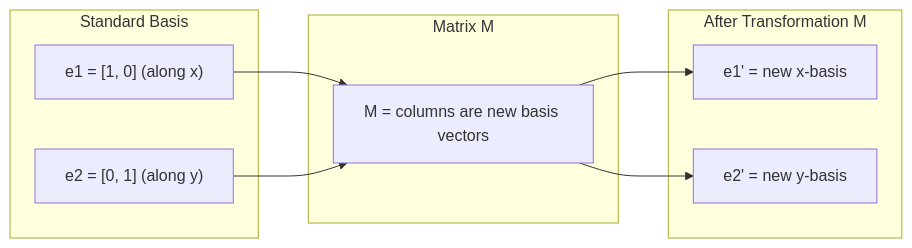
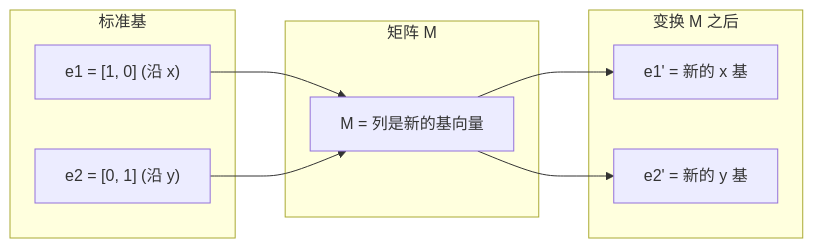
Before and after one commit to alessandrodinisio-ai/ai-engineering-learning-framework: the first of 7 diagrams in phases/01-math-foundations/03-matrix-transformations/docs/zh.md, drawn with Mermaid. The commit also changed other lines of this file and 120 other files, not shown here.

First line of the commit message:
i18n(mermaid): 337 个 mermaid 图表标签中文化

````diff
--- a/phases/01-math-foundations/03-matrix-transformations/docs/zh.md
+++ b/phases/01-math-foundations/03-matrix-transformations/docs/zh.md
@@ -29,16 +29,16 @@
 ```mermaid
 graph LR
-    subgraph Before["Standard Basis"]
-        e1["e1 = [1, 0] (along x)"]
-        e2["e2 = [0, 1] (along y)"]
+    subgraph Before["标准基"]
+        e1["e1 = [1, 0] (沿 x)"]
+        e2["e2 = [0, 1] (沿 y)"]
     end
-    subgraph Transform["Matrix M"]
-        M["M = columns are new basis vectors"]
+    subgraph Transform["矩阵 M"]
+        M["M = 列是新的基向量"]
     end
-    subgraph After["After Transformation M"]
-        e1p["e1' = new x-basis"]
-        e2p["e2' = new y-basis"]
+    subgraph After["变换 M 之后"]
+        e1p["e1' = 新的 x 基"]
+        e2p["e2' = 新的 y 基"]
     end
     e1 --> M --> e1p
     e2 --> M --> e2p
 ```
````
